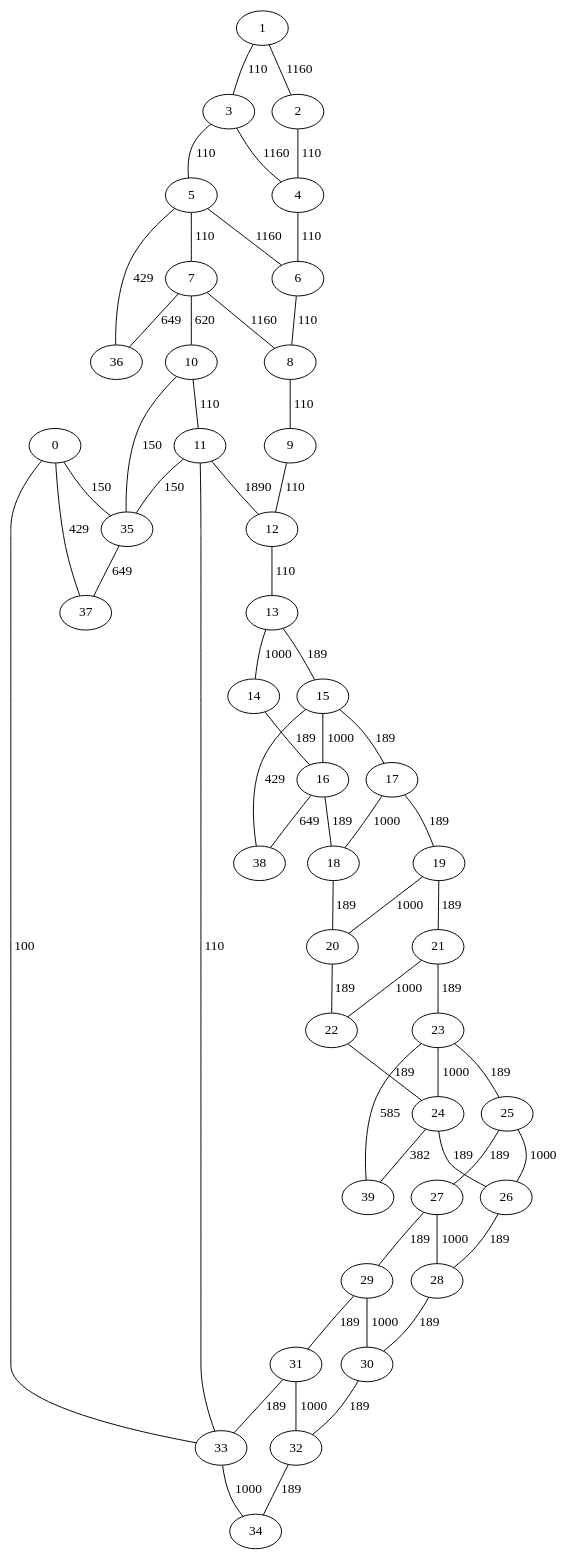
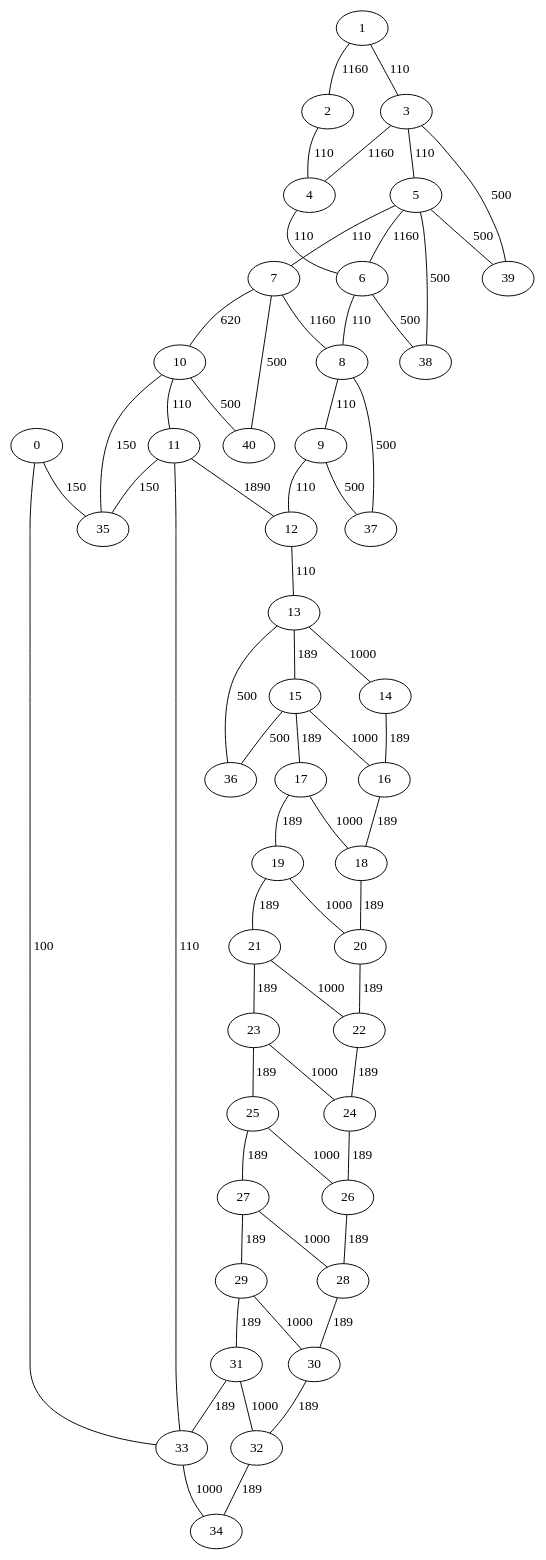
Before and after one commit to EmericBraud/fil_rouge_pharma: the diagram in step2.dot, drawn with Graphviz. The commit also changed 8 other files, not shown here.

```diff
--- a/step2.dot
+++ b/step2.dot
@@ -1,62 +1,64 @@
 graph Warehouse {
-    0 -- 37 [label="429"];
     0 -- 35 [label="150"];
     0 -- 33 [label="100"];
     1 -- 3 [label="110"];
     1 -- 2 [label="1160"];
     2 -- 4 [label="110"];
+    3 -- 39 [label="500"];
     3 -- 5 [label="110"];
     3 -- 4 [label="1160"];
     4 -- 6 [label="110"];
-    5 -- 36 [label="429"];
+    5 -- 39 [label="500"];
+    5 -- 38 [label="500"];
     5 -- 7 [label="110"];
     5 -- 6 [label="1160"];
+    6 -- 38 [label="500"];
     6 -- 8 [label="110"];
-    7 -- 36 [label="649"];
+    7 -- 40 [label="500"];
     7 -- 10 [label="620"];
     7 -- 8 [label="1160"];
+    8 -- 37 [label="500"];
     8 -- 9 [label="110"];
+    9 -- 37 [label="500"];
     9 -- 12 [label="110"];
+    10 -- 40 [label="500"];
     10 -- 35 [label="150"];
     10 -- 11 [label="110"];
     11 -- 35 [label="150"];
     11 -- 33 [label="110"];
     11 -- 12 [label="1890"];
     12 -- 13 [label="110"];
+    13 -- 36 [label="500"];
     13 -- 15 [label="189"];
     13 -- 14 [label="1000"];
     14 -- 16 [label="189"];
-    15 -- 38 [label="429"];
+    15 -- 36 [label="500"];
     15 -- 17 [label="189"];
     15 -- 16 [label="1000"];
-    16 -- 38 [label="649"];
     16 -- 18 [label="189"];
     17 -- 19 [label="189"];
     17 -- 18 [label="1000"];
     18 -- 20 [label="189"];
     19 -- 21 [label="189"];
     19 -- 20 [label="1000"];
     20 -- 22 [label="189"];
     21 -- 23 [label="189"];
     21 -- 22 [label="1000"];
     22 -- 24 [label="189"];
-    23 -- 39 [label="585"];
     23 -- 25 [label="189"];
     23 -- 24 [label="1000"];
-    24 -- 39 [label="382"];
     24 -- 26 [label="189"];
     25 -- 27 [label="189"];
     25 -- 26 [label="1000"];
     26 -- 28 [label="189"];
     27 -- 29 [label="189"];
     27 -- 28 [label="1000"];
     28 -- 30 [label="189"];
     29 -- 31 [label="189"];
     29 -- 30 [label="1000"];
     30 -- 32 [label="189"];
     31 -- 33 [label="189"];
     31 -- 32 [label="1000"];
     32 -- 34 [label="189"];
     33 -- 34 [label="1000"];
-    35 -- 37 [label="649"];
 }
```
